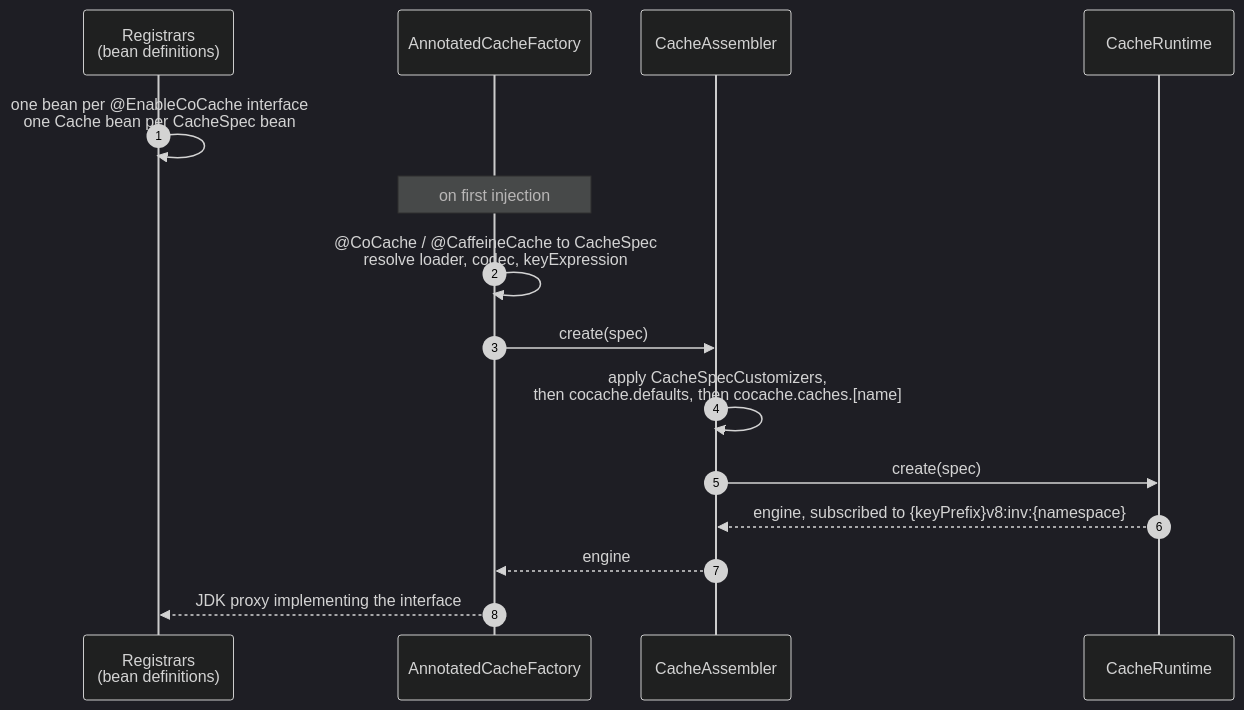
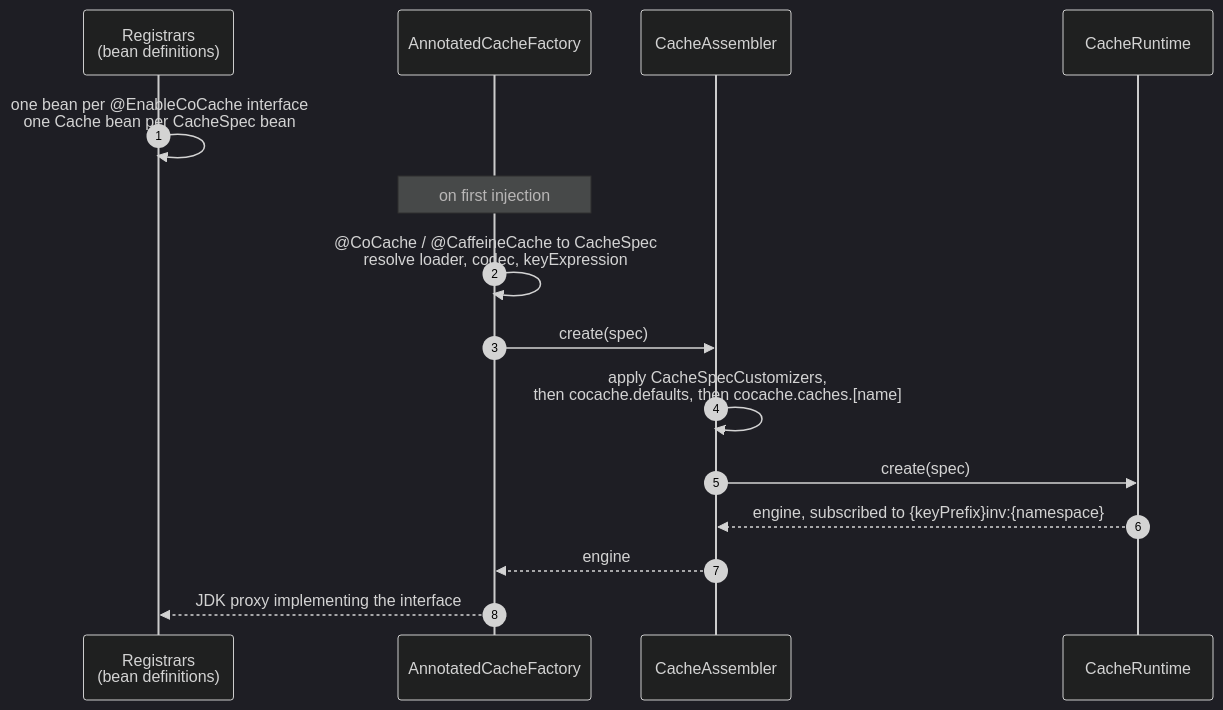
One commit to Ahoo-Wang/CoCache changed the second of 2 diagrams in wiki/architecture/index.md. Above: the diagram before and after it, drawn with Mermaid (dark theme). The commit also changed other lines of this file and 80 other files, not shown here.

````diff
--- a/wiki/architecture/index.md
+++ b/wiki/architecture/index.md
@@ -97,17 +97,17 @@
 ```mermaid
 sequenceDiagram
     autonumber
     participant Reg as Registrars<br>(bean definitions)
     participant Fac as AnnotatedCacheFactory
     participant Asm as CacheAssembler
     participant RT as CacheRuntime
     Reg->>Reg: one bean per @EnableCoCache interface<br>one Cache bean per CacheSpec bean
     Note over Fac: on first injection
     Fac->>Fac: @CoCache / @CaffeineCache to CacheSpec<br>resolve loader, codec, keyExpression
     Fac->>Asm: create(spec)
     Asm->>Asm: apply CacheSpecCustomizers,<br>then cocache.defaults, then cocache.caches.[name]
     Asm->>RT: create(spec)
-    RT-->>Asm: engine, subscribed to {keyPrefix}v8:inv:{namespace}
+    RT-->>Asm: engine, subscribed to {keyPrefix}inv:{namespace}
     Asm-->>Fac: engine
     Fac-->>Reg: JDK proxy implementing the interface
 ```
````
